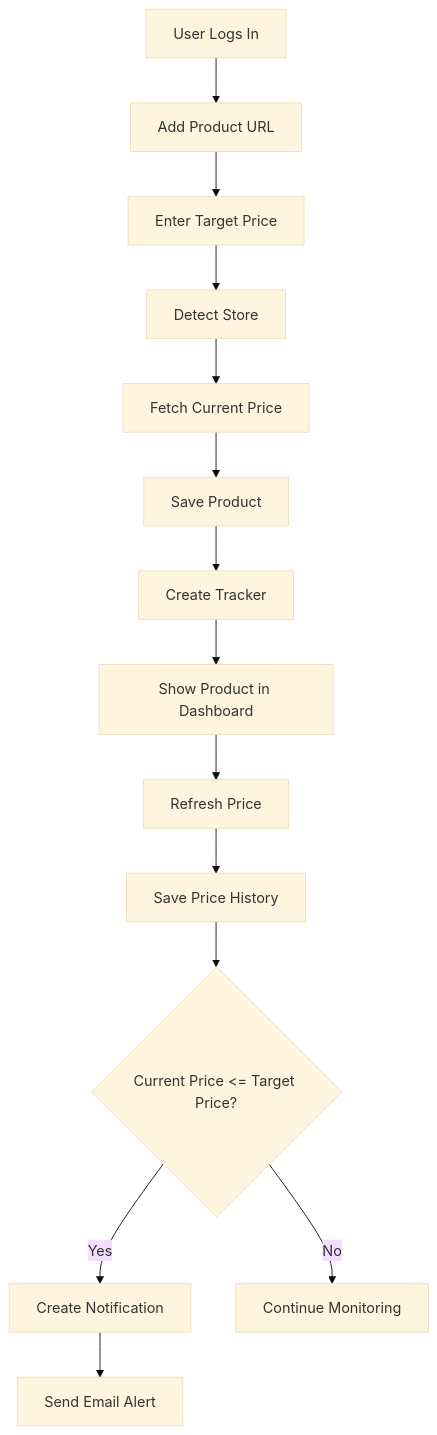
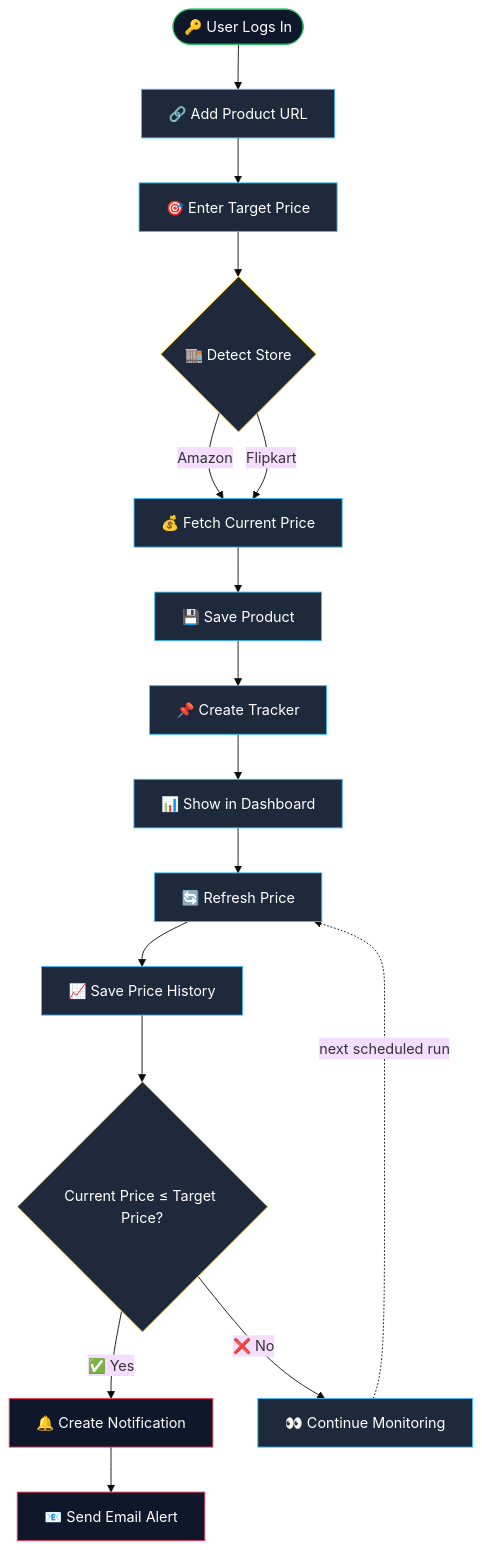
One commit to Nithish-code17/pricelytix changed the second of 7 diagrams in README.md. Above: the diagram before and after it, drawn with Mermaid (base theme). The commit also changed other lines of this file, not shown here.

````diff
--- a/README.md
+++ b/README.md
@@ -228,16 +285,27 @@
 ```mermaid
 flowchart TD
-    A[User Logs In] --> B[Add Product URL]
-    B --> C[Enter Target Price]
-    C --> D[Detect Store]
-    D --> E[Fetch Current Price]
-    E --> F[Save Product]
-    F --> G[Create Tracker]
-    G --> H[Show Product in Dashboard]
-    H --> I[Refresh Price]
-    I --> J[Save Price History]
-    J --> K{Current Price <= Target Price?}
-    K -- Yes --> L[Create Notification]
-    L --> M[Send Email Alert]
-    K -- No --> N[Continue Monitoring]
+    A(["🔑 User Logs In"]) --> B["🔗 Add Product URL"]
+    B --> C["🎯 Enter Target Price"]
+    C --> D{"🏬 Detect Store"}
+    D -->|Amazon| E["💰 Fetch Current Price"]
+    D -->|Flipkart| E
+    E --> F["💾 Save Product"]
+    F --> G["📌 Create Tracker"]
+    G --> H["📊 Show in Dashboard"]
+    H --> I["🔄 Refresh Price"]
+    I --> J["📈 Save Price History"]
+    J --> K{"Current Price ≤ Target Price?"}
+    K -- ✅ Yes --> L["🔔 Create Notification"]
+    L --> M["📧 Send Email Alert"]
+    K -- ❌ No --> N["👀 Continue Monitoring"]
+    N -.->|next scheduled run| I
+
+    classDef start fill:#0f172a,stroke:#22c55e,color:#fff
+    classDef action fill:#1e293b,stroke:#38bdf8,color:#fff
+    classDef decision fill:#1e293b,stroke:#facc15,color:#fff
+    classDef alert fill:#0f172a,stroke:#f43f5e,color:#fff
+    class A start
+    class B,C,E,F,G,H,I,J,N action
+    class D,K decision
+    class L,M alert
 ```
````
